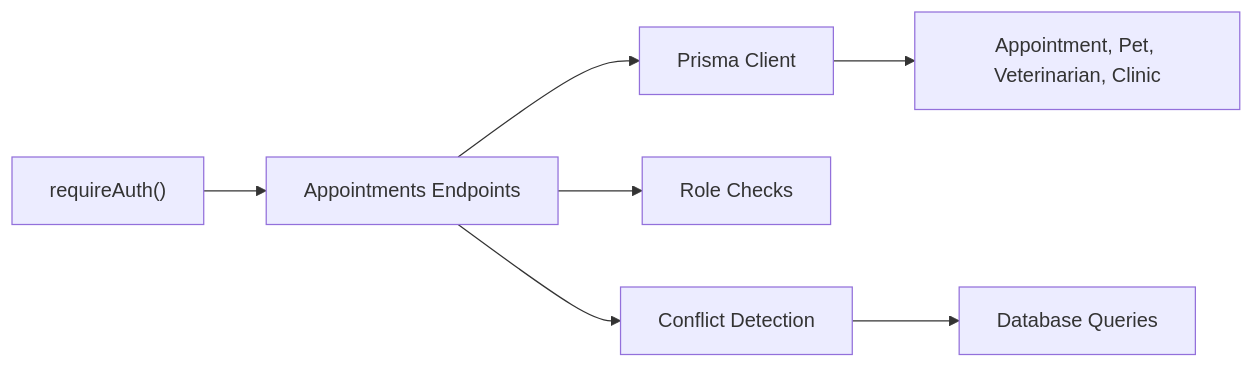
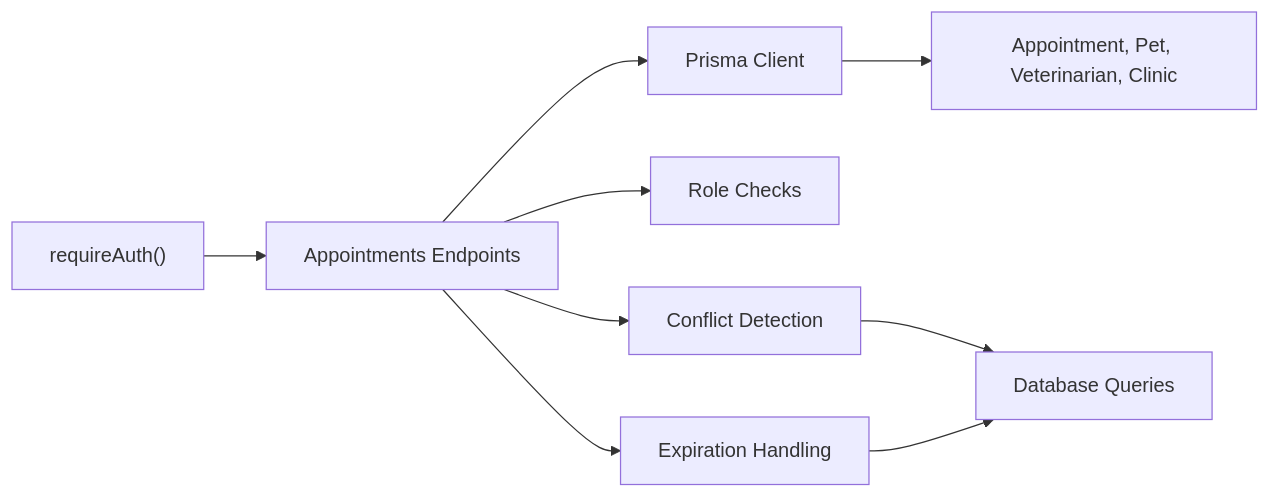
The fourth of 4 diagrams in .qoder/repowiki/en/content/API Reference/Appointment Scheduling API/Appointment Scheduling API.md (Javeria-Javaid/ai-powered-pet-healthcare-ecosystem), drawn with Mermaid before and after one commit. The commit also changed other lines of this file and 37 other files, not shown here.

````diff
--- a/.qoder/repowiki/en/content/API Reference/Appointment Scheduling API/Appointment Scheduling API.md
+++ b/.qoder/repowiki/en/content/API Reference/Appointment Scheduling API/Appointment Scheduling API.md
@@ -292,9 +316,11 @@
 ```mermaid
 graph LR
 Auth["requireAuth()"] --> Endpoints["Appointments Endpoints"]
 Endpoints --> Prisma["Prisma Client"]
 Prisma --> Models["Appointment, Pet, Veterinarian, Clinic"]
 Endpoints --> Roles["Role Checks"]
 Endpoints --> Conflicts["Conflict Detection"]
+Endpoints --> Expiration["Expiration Handling"]
 Conflicts --> DB["Database Queries"]
+Expiration --> DB
 ```
````
